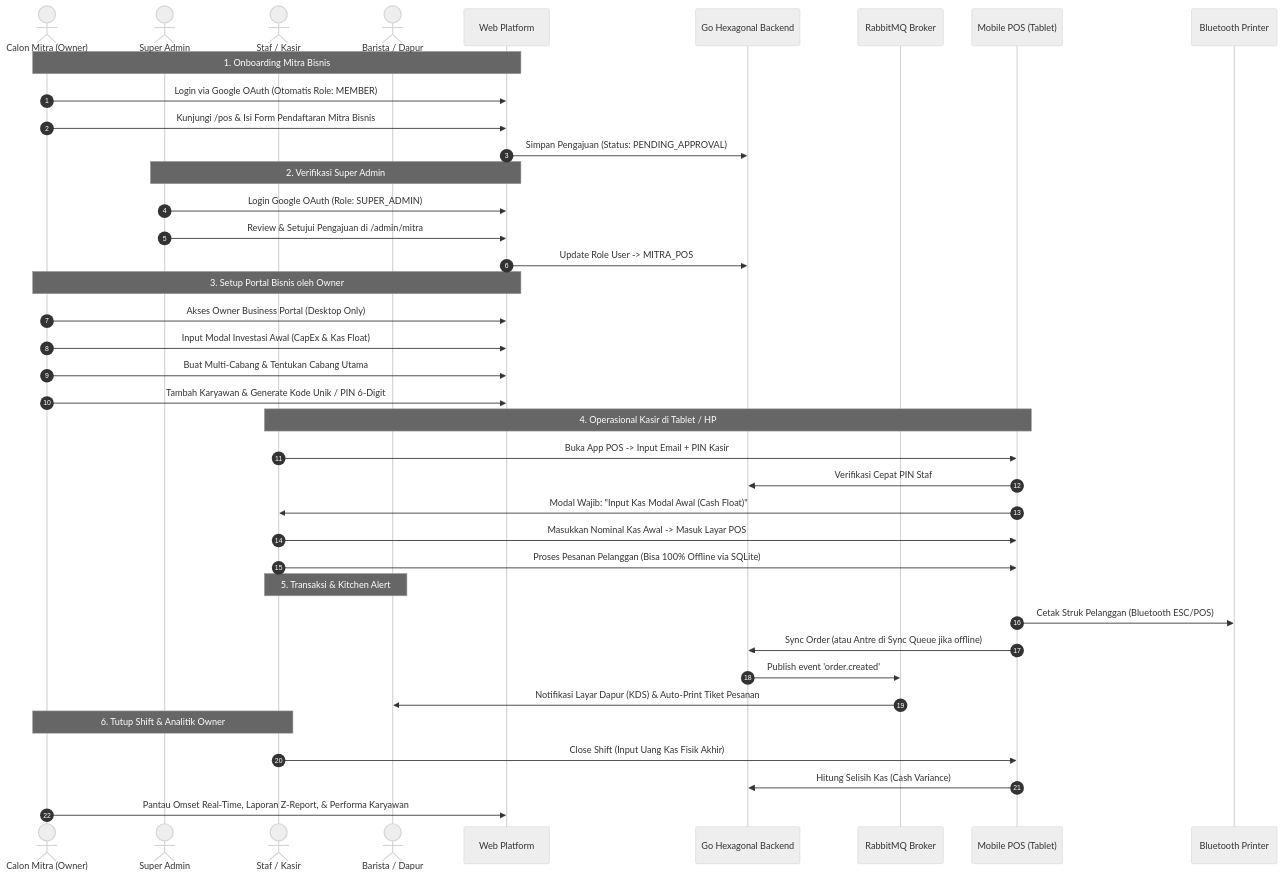
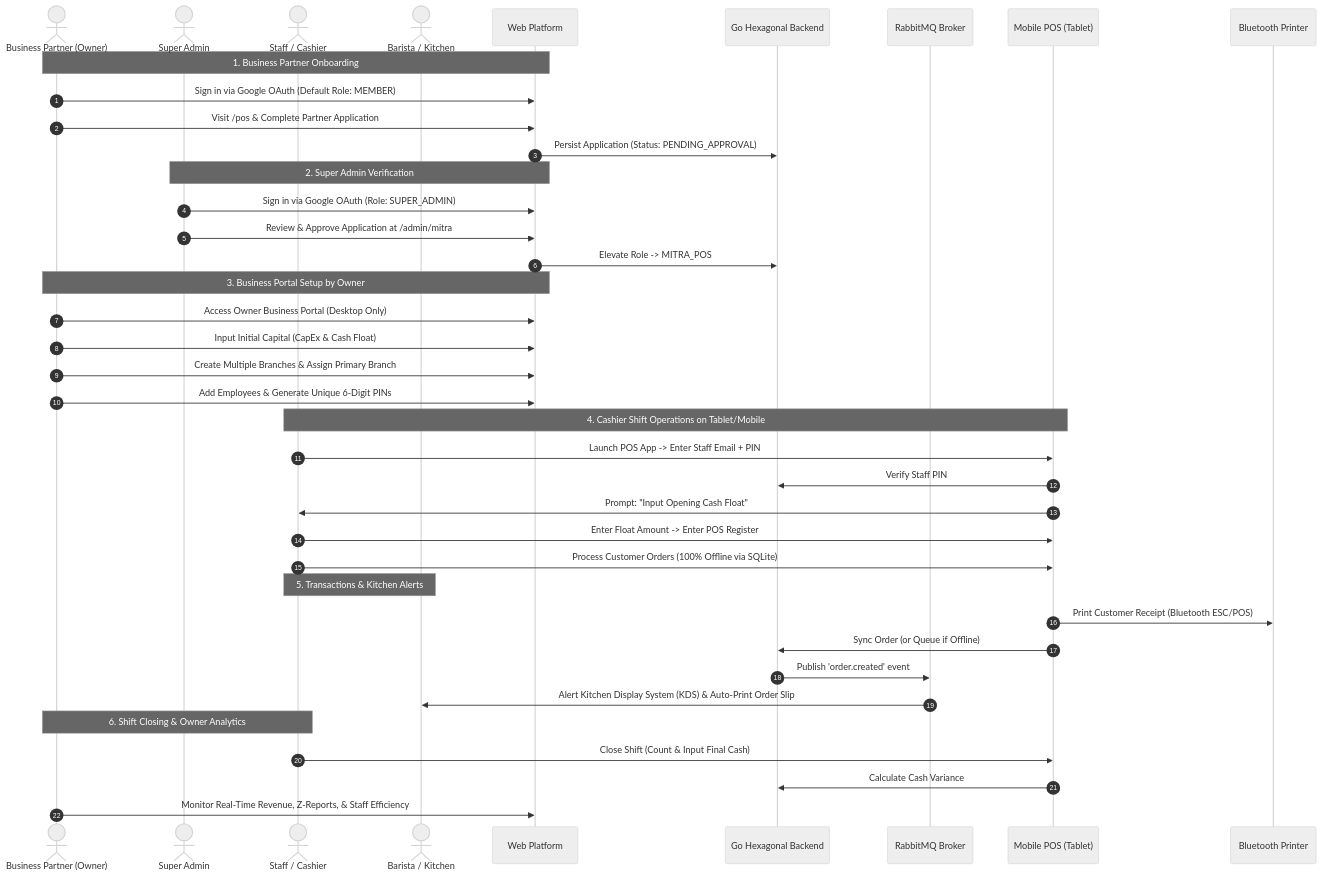
Before and after one commit to lampungdevtech/lampungdevtech-platform: the first of 2 diagrams in README.md, drawn with Mermaid (neutral theme). The commit also changed other lines of this file, not shown here.

````diff
--- a/README.md
+++ b/README.md
@@ -41,53 +55,53 @@
 ```mermaid
 sequenceDiagram
     autonumber
-    actor User as Calon Mitra (Owner)
+    actor User as Business Partner (Owner)
     actor Admin as Super Admin
-    actor Cashier as Staf / Kasir
-    actor Kitchen as Barista / Dapur
+    actor Cashier as Staff / Cashier
+    actor Kitchen as Barista / Kitchen
     participant Web as Web Platform
     participant Backend as Go Hexagonal Backend
     participant Rabbit as RabbitMQ Broker
     participant Mobile as Mobile POS (Tablet)
     participant Printer as Bluetooth Printer
 
     %% 1. Onboarding
-    Note over User,Web: 1. Onboarding Mitra Bisnis
-    User->>Web: Login via Google OAuth (Otomatis Role: MEMBER)
-    User->>Web: Kunjungi /pos & Isi Form Pendaftaran Mitra Bisnis
-    Web->>Backend: Simpan Pengajuan (Status: PENDING_APPROVAL)
+    Note over User,Web: 1. Business Partner Onboarding
+    User->>Web: Sign in via Google OAuth (Default Role: MEMBER)
+    User->>Web: Visit /pos & Complete Partner Application
+    Web->>Backend: Persist Application (Status: PENDING_APPROVAL)
 
     %% 2. Approval
-    Note over Admin,Web: 2. Verifikasi Super Admin
-    Admin->>Web: Login Google OAuth (Role: SUPER_ADMIN)
-    Admin->>Web: Review & Setujui Pengajuan di /admin/mitra
-    Web->>Backend: Update Role User -> MITRA_POS
+    Note over Admin,Web: 2. Super Admin Verification
+    Admin->>Web: Sign in via Google OAuth (Role: SUPER_ADMIN)
+    Admin->>Web: Review & Approve Application at /admin/mitra
+    Web->>Backend: Elevate Role -> MITRA_POS
 
     %% 3. Setup Owner
-    Note over User,Web: 3. Setup Portal Bisnis oleh Owner
-    User->>Web: Akses Owner Business Portal (Desktop Only)
-    User->>Web: Input Modal Investasi Awal (CapEx & Kas Float)
-    User->>Web: Buat Multi-Cabang & Tentukan Cabang Utama
-    User->>Web: Tambah Karyawan & Generate Kode Unik / PIN 6-Digit
+    Note over User,Web: 3. Business Portal Setup by Owner
+    User->>Web: Access Owner Business Portal (Desktop Only)
+    User->>Web: Input Initial Capital (CapEx & Cash Float)
+    User->>Web: Create Multiple Branches & Assign Primary Branch
+    User->>Web: Add Employees & Generate Unique 6-Digit PINs
 
-    %% 4. Operasional Kasir
-    Note over Cashier,Mobile: 4. Operasional Kasir di Tablet / HP
-    Cashier->>Mobile: Buka App POS -> Input Email + PIN Kasir
-    Mobile->>Backend: Verifikasi Cepat PIN Staf
-    Mobile->>Cashier: Modal Wajib: "Input Kas Modal Awal (Cash Float)"
-    Cashier->>Mobile: Masukkan Nominal Kas Awal -> Masuk Layar POS
-    Cashier->>Mobile: Proses Pesanan Pelanggan (Bisa 100% Offline via SQLite)
+    %% 4. Cashier Operations
+    Note over Cashier,Mobile: 4. Cashier Shift Operations on Tablet/Mobile
+    Cashier->>Mobile: Launch POS App -> Enter Staff Email + PIN
+    Mobile->>Backend: Verify Staff PIN
+    Mobile->>Cashier: Prompt: "Input Opening Cash Float"
+    Cashier->>Mobile: Enter Float Amount -> Enter POS Register
+    Cashier->>Mobile: Process Customer Orders (100% Offline via SQLite)
 
-    %% 5. Dapur & Struk
-    Note over Cashier,Kitchen: 5. Transaksi & Kitchen Alert
-    Mobile->>Printer: Cetak Struk Pelanggan (Bluetooth ESC/POS)
-    Mobile->>Backend: Sync Order (atau Antre di Sync Queue jika offline)
-    Backend->>Rabbit: Publish event 'order.created'
-    Rabbit->>Kitchen: Notifikasi Layar Dapur (KDS) & Auto-Print Tiket Pesanan
+    %% 5. Kitchen & Receipt
+    Note over Cashier,Kitchen: 5. Transactions & Kitchen Alerts
+    Mobile->>Printer: Print Customer Receipt (Bluetooth ESC/POS)
+    Mobile->>Backend: Sync Order (or Queue if Offline)
+    Backend->>Rabbit: Publish 'order.created' event
+    Rabbit->>Kitchen: Alert Kitchen Display System (KDS) & Auto-Print Order Slip
 
-    %% 6. Tutup Shift & Laporan
-    Note over Cashier,User: 6. Tutup Shift & Analitik Owner
-    Cashier->>Mobile: Close Shift (Input Uang Kas Fisik Akhir)
-    Mobile->>Backend: Hitung Selisih Kas (Cash Variance)
-    User->>Web: Pantau Omset Real-Time, Laporan Z-Report, & Performa Karyawan
+    %% 6. Shift Close & Reports
+    Note over Cashier,User: 6. Shift Closing & Owner Analytics
+    Cashier->>Mobile: Close Shift (Count & Input Final Cash)
+    Mobile->>Backend: Calculate Cash Variance
+    User->>Web: Monitor Real-Time Revenue, Z-Reports, & Staff Efficiency
 ```
````
